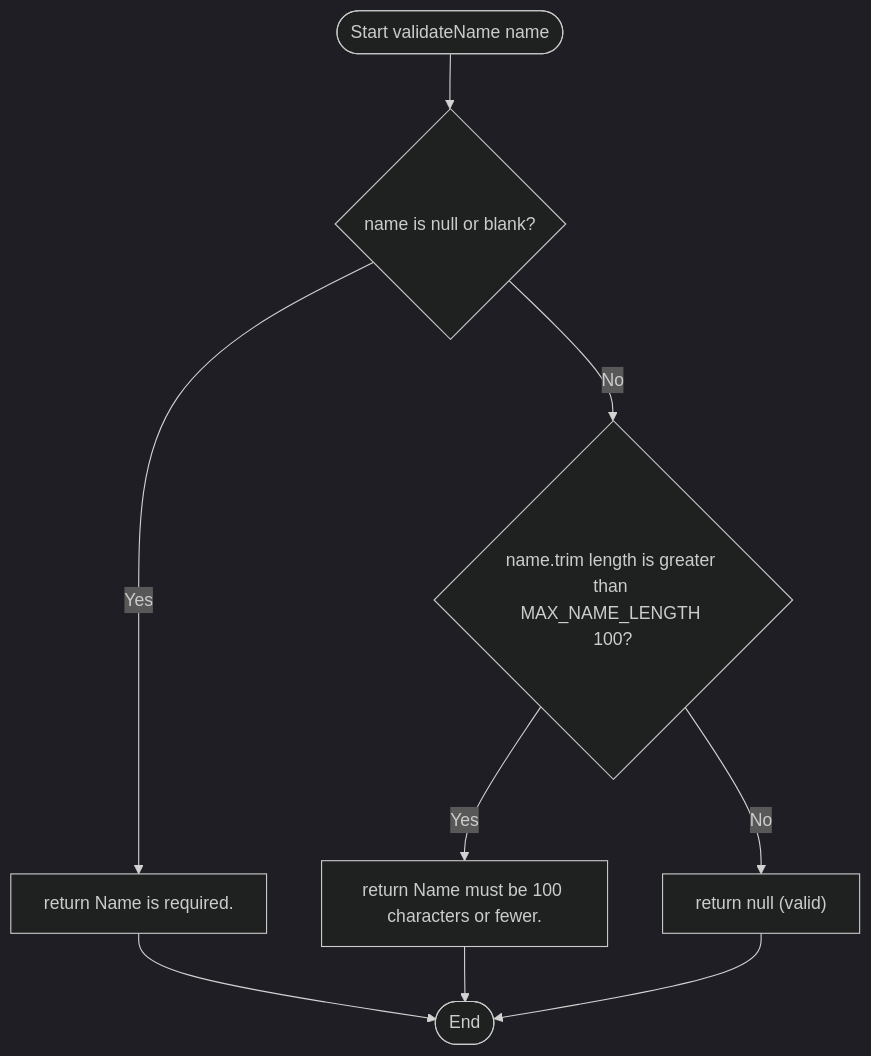
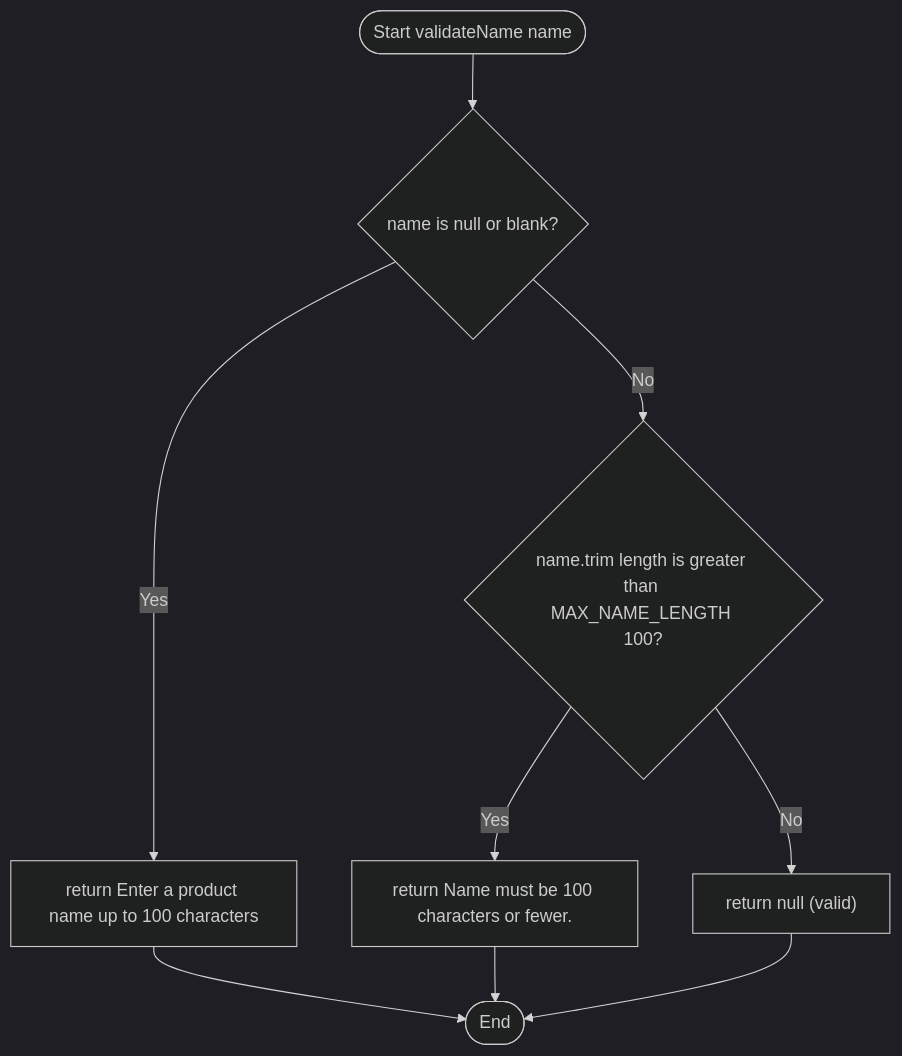
Before and after one commit to sfarshadchoudhury-dot/NC1605-Marketplace: the third of 29 diagrams in components/products/docs/04-diagrams.md, drawn with Mermaid (dark theme). The commit also changed other lines of this file and 3 other files, not shown here.

Commit message:
Update the README, test plan and diagrams for the new screens

````diff
--- a/components/products/docs/04-diagrams.md
+++ b/components/products/docs/04-diagrams.md
@@ -272,11 +276,11 @@
 ```mermaid
 flowchart TD
     A([Start validateName name]) --> B{"name is null or blank?"}
-    B -- Yes --> C["return Name is required."]
+    B -- Yes --> C["return Enter a product name up to 100 characters"]
     B -- No --> D{"name.trim length is greater than MAX_NAME_LENGTH 100?"}
     D -- Yes --> E["return Name must be 100 characters or fewer."]
     D -- No --> F["return null (valid)"]
     C --> Z([End])
     E --> Z
     F --> Z
 ```
````
